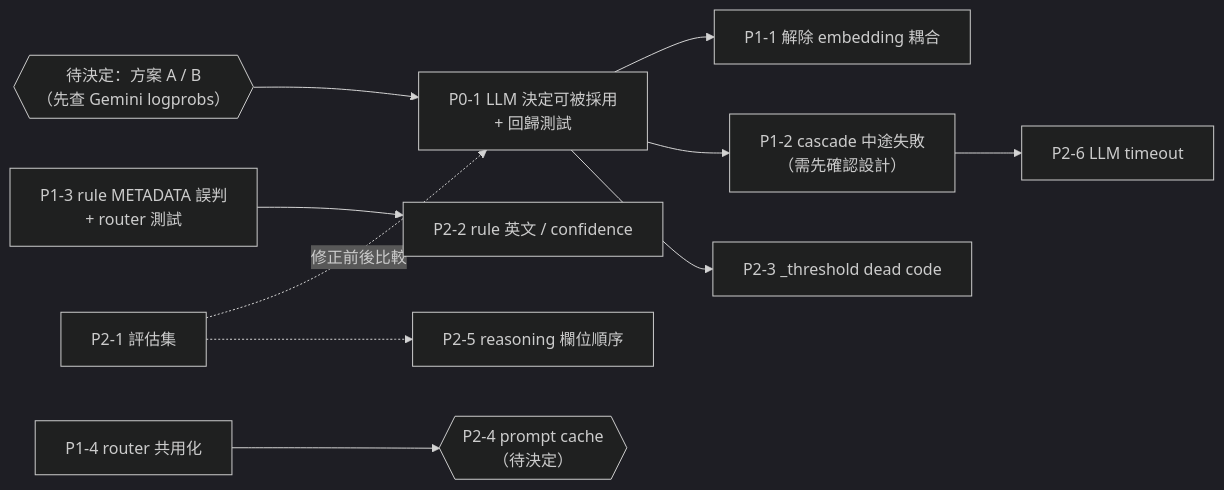
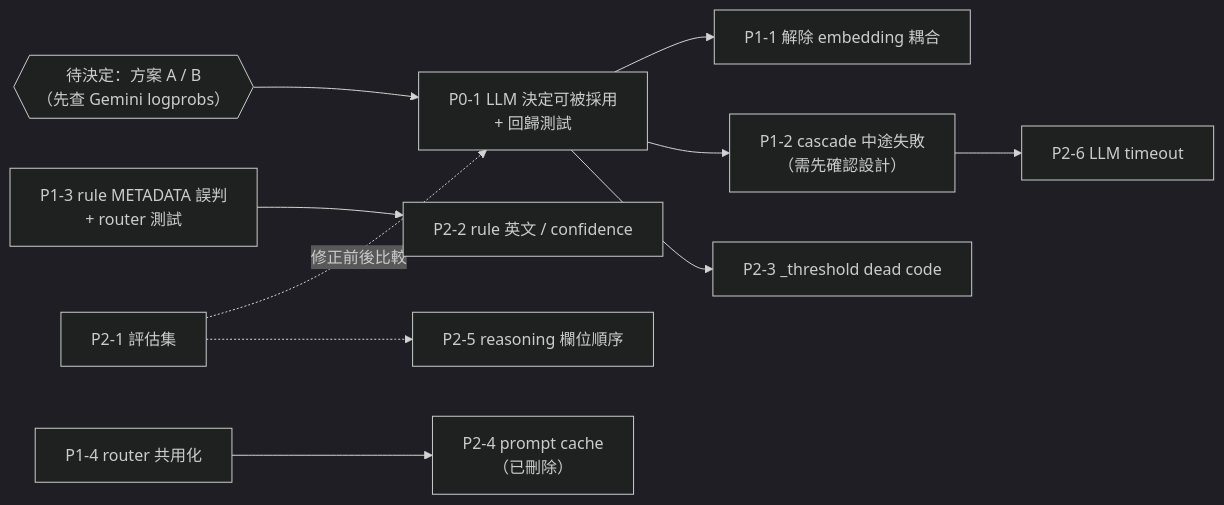
One commit to jltz1207/LoginFastapi changed the second of 2 diagrams in plans/in-progress/cascade-llm-layer-dead-20261016.md. Above: the diagram before and after it, drawn with Mermaid (dark theme). The commit also changed other lines of this file and 6 other files, not shown here.

````diff
--- a/plans/in-progress/cascade-llm-layer-dead-20261016.md
+++ b/plans/in-progress/cascade-llm-layer-dead-20261016.md
@@ -394,12 +417,12 @@
 ```mermaid
 flowchart LR
     D{{"待決定：方案 A / B<br/>（先查 Gemini logprobs）"}} --> P01[P0-1 LLM 決定可被採用<br/>+ 回歸測試]
     P01 --> P11[P1-1 解除 embedding 耦合]
     P01 --> P12["P1-2 cascade 中途失敗<br/>（需先確認設計）"]
     P01 --> P23[P2-3 _threshold dead code]
     P21[P2-1 評估集] -.->|修正前後比較| P01
     P13[P1-3 rule METADATA 誤判<br/>+ router 測試] --> P22[P2-2 rule 英文 / confidence]
-    P14[P1-4 router 共用化] --> P24{{"P2-4 prompt cache<br/>（待決定）"}}
+    P14[P1-4 router 共用化] --> P24["P2-4 prompt cache<br/>（已刪除）"]
     P12 --> P26[P2-6 LLM timeout]
     P21 -.-> P25[P2-5 reasoning 欄位順序]
 ```
````
